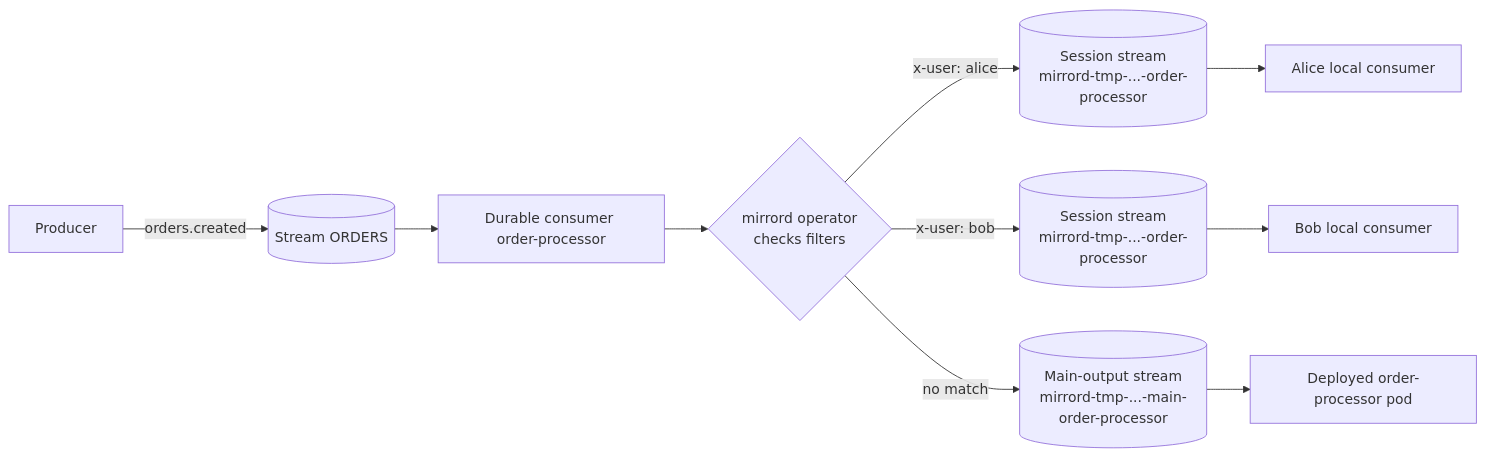
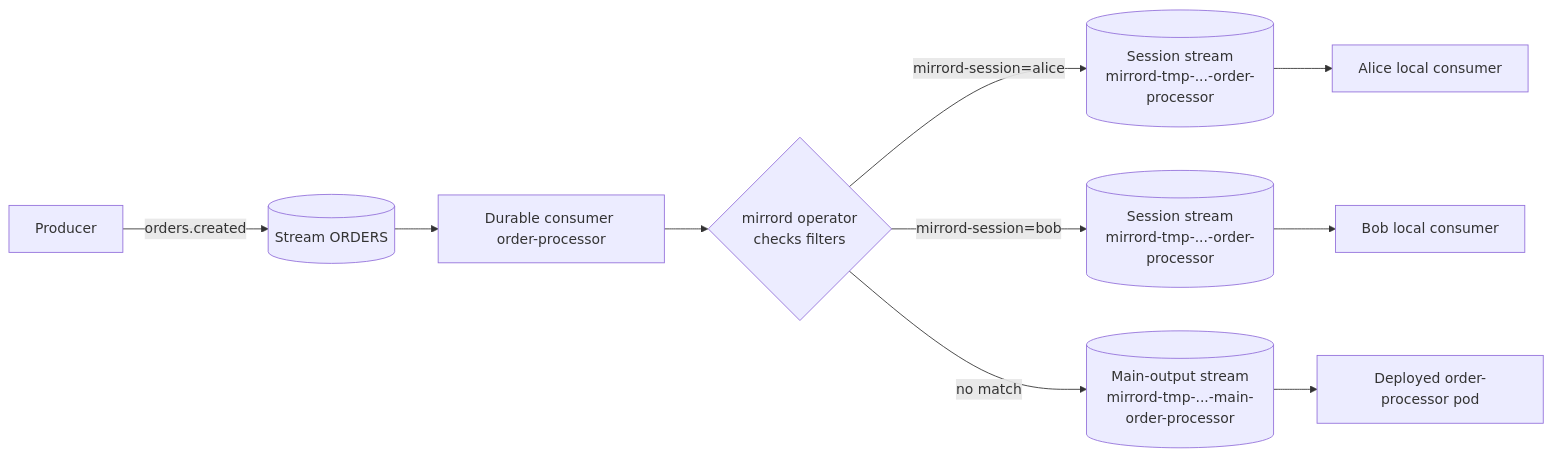
The diagram in docs/tutorials/queues/how-to-test-nats-consumers.md (metalbear-co/docs), drawn with Mermaid before and after one commit. The commit also changed other lines of this file and 7 other files, not shown here.

````diff
--- a/docs/tutorials/queues/how-to-test-nats-consumers.md
+++ b/docs/tutorials/queues/how-to-test-nats-consumers.md
@@ -545,12 +520,12 @@
 ```mermaid
 flowchart LR
     P[Producer] -->|orders.created| S[(Stream ORDERS)]
     S --> C[Durable consumer order-processor]
     C --> O{mirrord operator<br/>checks filters}
-    O -->|x-user: alice| A[(Session stream<br/>mirrord-tmp-...-order-processor)]
-    O -->|x-user: bob| B[(Session stream<br/>mirrord-tmp-...-order-processor)]
+    O -->|mirrord-session=alice| A[(Session stream<br/>mirrord-tmp-...-order-processor)]
+    O -->|mirrord-session=bob| B[(Session stream<br/>mirrord-tmp-...-order-processor)]
     O -->|no match| M[(Main-output stream<br/>mirrord-tmp-...-main-order-processor)]
     A --> LA[Alice local consumer]
     B --> LB[Bob local consumer]
     M --> D[Deployed order-processor pod]
 ```
````
